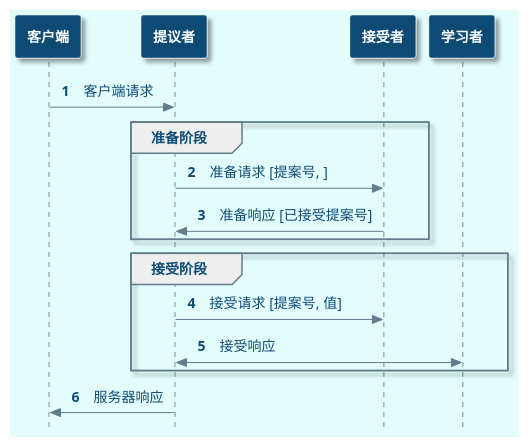
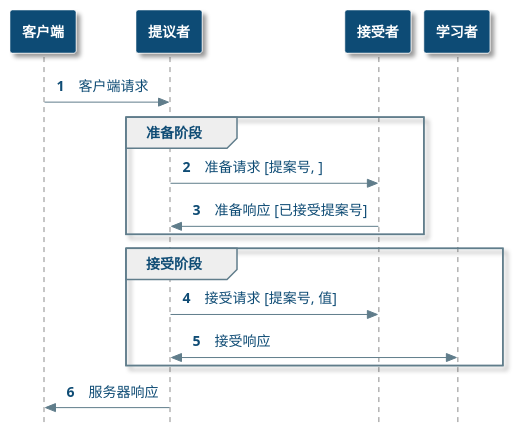
The diagram in assets/分布式/分布式理论/Paxos.puml (dunwu/waterdrop), drawn with PlantUML before and after one commit. The commit also changed 14 other files, not shown here.

```diff
--- a/assets/分布式/分布式理论/Paxos.puml
+++ b/assets/分布式/分布式理论/Paxos.puml
@@ -1,72 +1,71 @@
 @startuml
 'https://plantuml.com/sequence-diagram
 
 '样式设置 Begin
 
 skinparam style strictuml
-skinparam BackgroundColor #E3FDFD
 skinparam Shadowing true
 skinparam defaultFontColor #0F4C75
 skinparam defaultFontSize 14
 skinparam ArrowColor #607D8B
 skinparam Padding 5
 
 '参与者样式设置
 
 skinparam ActorFontStyle Bold
 skinparam ActorFontColor #0F4C75
 skinparam ActorBorderColor #0F4C75
 skinparam ActorBackgroundColor #0F4C75
 
 skinparam BoundaryFontStyle Bold
 skinparam BoundaryFontColor #0F4C75
 skinparam BoundaryBorderColor #0F4C75
 skinparam BoundaryBackgroundColor #0F4C75
 
 skinparam CollectionsFontStyle Bold
 skinparam CollectionsFontColor #FFFFFF
 skinparam CollectionsBorderColor #FFFFFF
 skinparam CollectionsBackgroundColor #0F4C75
 
 skinparam ControlFontStyle Bold
 skinparam ControlFontColor #0F4C75
 skinparam ControlBorderColor #FFFFFF
 skinparam ControlBackgroundColor #0F4C75
 
 skinparam DatabaseFontStyle Bold
 skinparam DatabaseFontColor #0F4C75
 skinparam DatabaseBorderColor #FFFFFF
 skinparam DatabaseBackgroundColor #0F4C75
 
 skinparam EntityFontStyle Bold
 skinparam EntityFontColor #0F4C75
 skinparam EntityBorderColor #FFFFFF
 skinparam EntityBackgroundColor #0F4C75
 
 skinparam ParticipantFontStyle Bold
 skinparam ParticipantFontColor #FFFFFF
 skinparam ParticipantBorderColor #FFFFFF
 skinparam ParticipantBackgroundColor #0F4C75
 
 skinparam QueueFontStyle Bold
 skinparam QueueFontColor #FFFFFF
 skinparam QueueBorderColor #607D8B
 skinparam QueueBackgroundColor #0F4C75
 
 skinparam SequenceGroupBorderColor #607D8B
 
 '样式设置 End
 
 autonumber
 
 客户端 -> 提议者: 客户端请求
 group 准备阶段
 提议者 -> 接受者: 准备请求 [提案号, ]
 接受者 -> 提议者: 准备响应 [已接受提案号]
 end
 group 接受阶段
 提议者 -> 接受者: 接受请求 [提案号, 值]
 提议者 <-> 学习者: 接受响应
 end
 提议者 -> 客户端: 服务器响应
 @enduml
```
